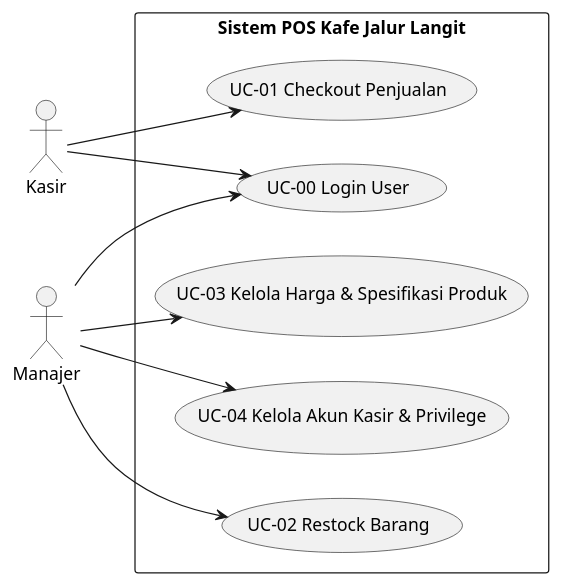
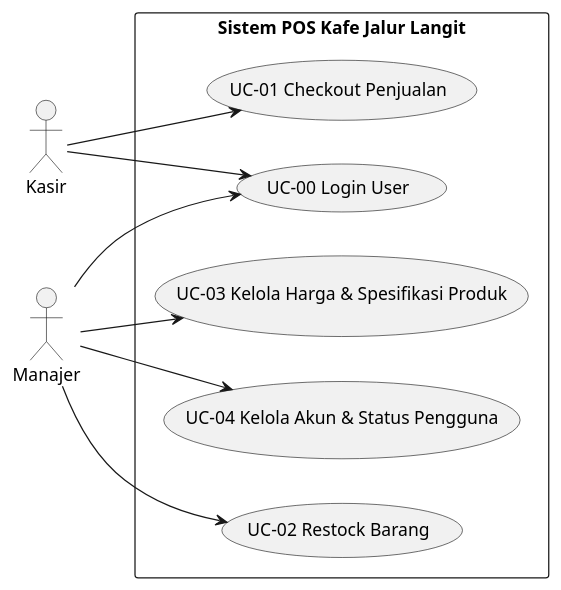
The first of 2 diagrams in erd_and_usecase.md (azrlb23/MBD-Yuks), drawn with PlantUML before and after one commit. The commit also changed other lines of this file and 22 other files, not shown here.

````diff
--- a/erd_and_usecase.md
+++ b/erd_and_usecase.md
@@ -14,25 +14,25 @@
 ```plantuml
 @startuml
 left to right direction
 skinparam packageStyle rectangle
 
 actor "Kasir" as K
 actor "Manajer" as M
 
 rectangle "Sistem POS Kafe Jalur Langit" {
     usecase "UC-00 Login User" as UC0
     usecase "UC-01 Checkout Penjualan" as UC1
     usecase "UC-02 Restock Barang" as UC2
     usecase "UC-03 Kelola Harga & Spesifikasi Produk" as UC3
-    usecase "UC-04 Kelola Akun Kasir & Privilege" as UC4
+    usecase "UC-04 Kelola Akun & Status Pengguna" as UC4
 }
 
 K --> UC0
 K --> UC1
 
 M --> UC0
 M --> UC2
 M --> UC3
 M --> UC4
 @enduml
 ```
````
